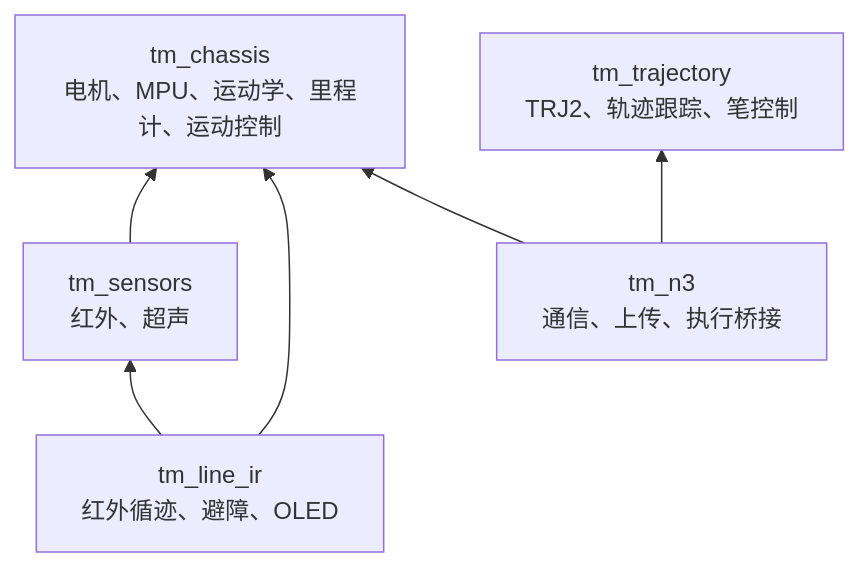
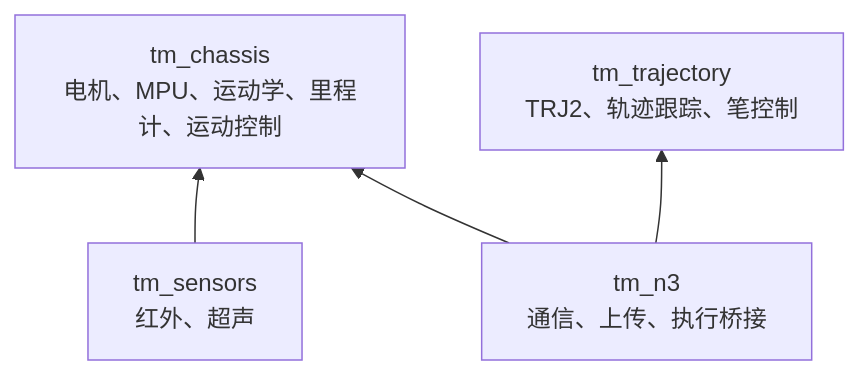
The diagram in firmware/components/README.md (weyw-seven/Trace-Motion), drawn with Mermaid before and after one commit. The commit also changed other lines of this file and 14 other files, not shown here.

````diff
--- a/firmware/components/README.md
+++ b/firmware/components/README.md
@@ -5,13 +5,10 @@
 ```mermaid
 flowchart BT
     Chassis[tm_chassis\n电机、MPU、运动学、里程计、运动控制]
     Sensors[tm_sensors\n红外、超声]
-    Line[tm_line_ir\n红外循迹、避障、OLED]
     Trajectory[tm_trajectory\nTRJ2、轨迹跟踪、笔控制]
     N3[tm_n3\n通信、上传、执行桥接]
     Sensors --> Chassis
-    Line --> Sensors
-    Line --> Chassis
     N3 --> Chassis
     N3 --> Trajectory
 ```
````
